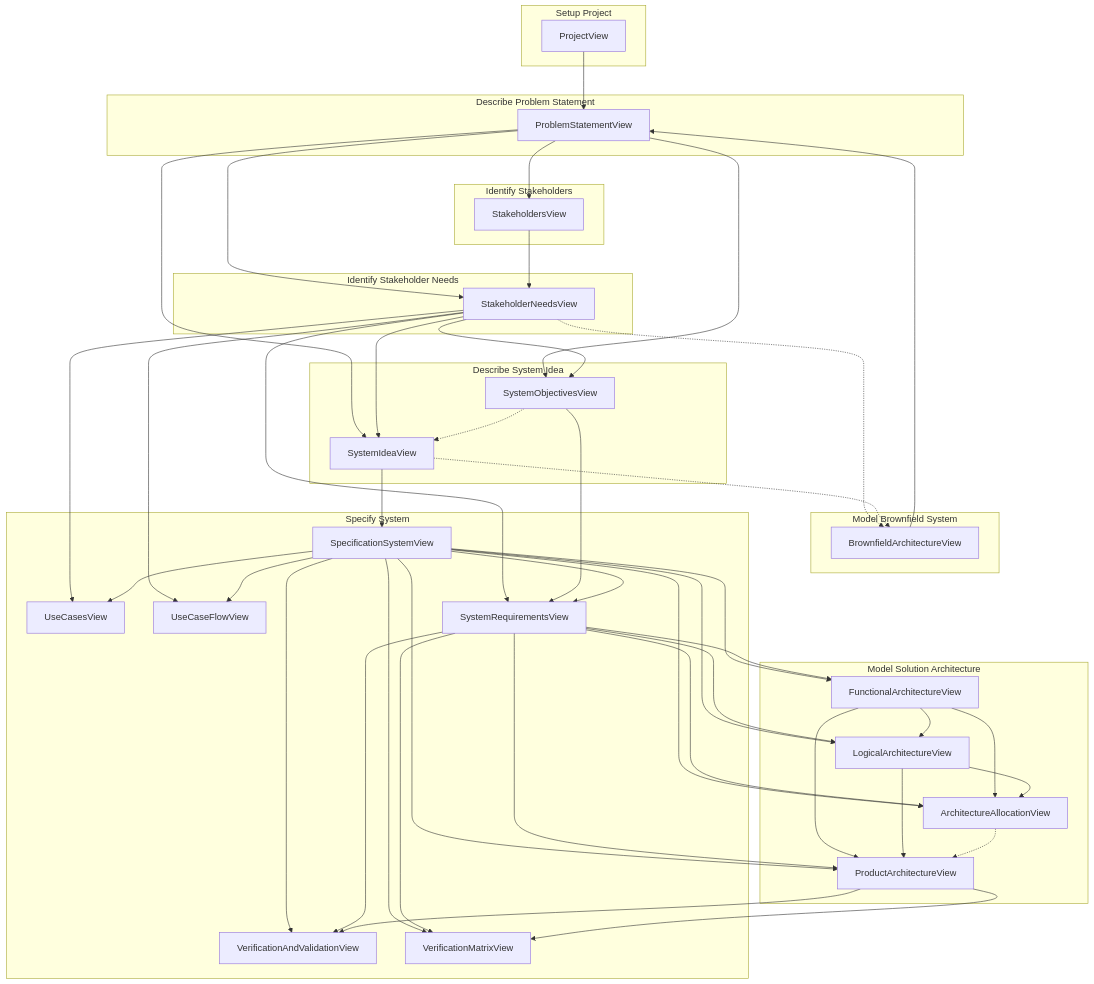
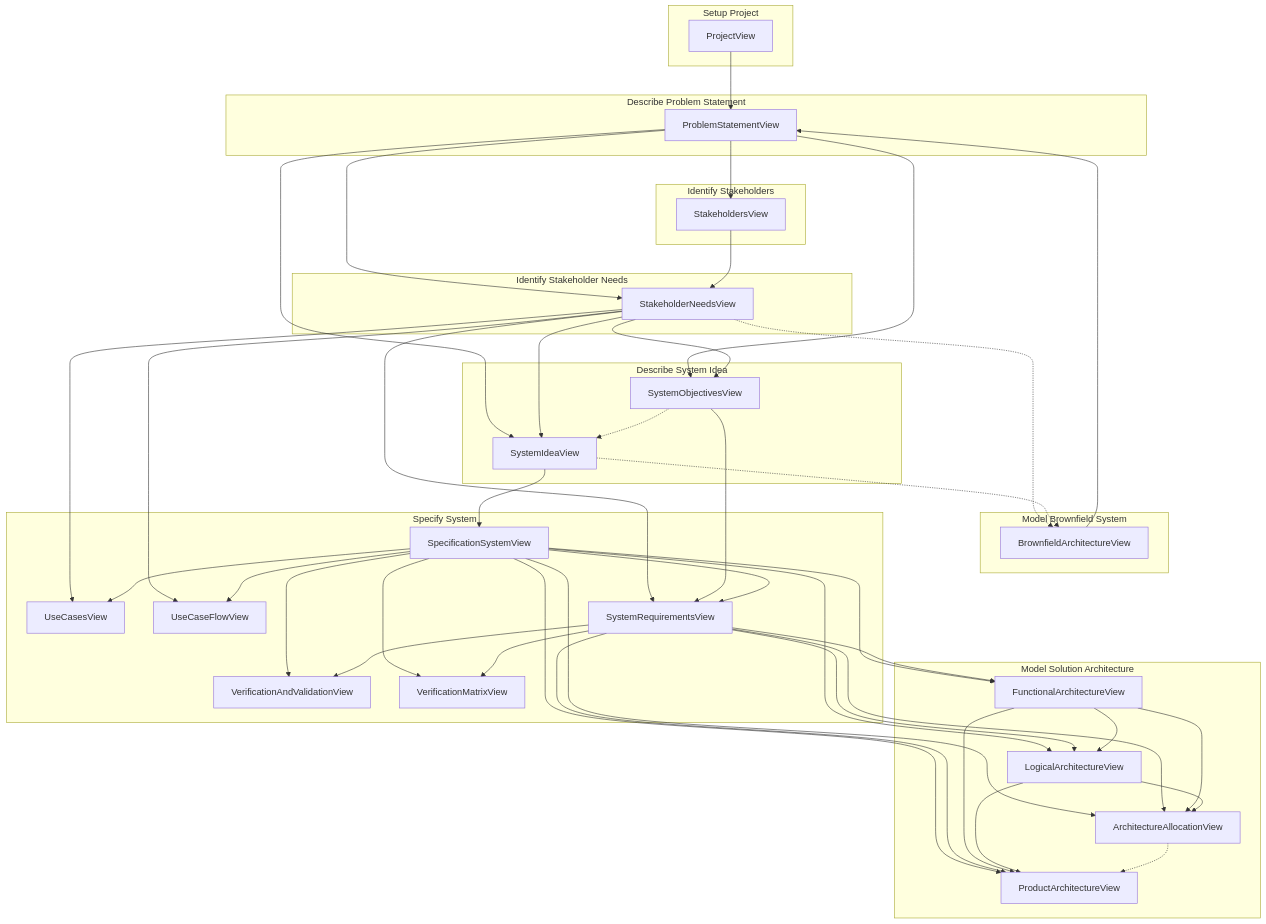
One commit to MBSE4U/sysmod-sysmlv2 changed the second of 2 diagrams in SYSMODViews.md. Above: the diagram before and after it, drawn with Mermaid. The commit also changed other lines of this file and 8 other files, not shown here.

````diff
--- a/SYSMODViews.md
+++ b/SYSMODViews.md
@@ -1734,76 +1734,74 @@
 ```mermaid
 flowchart TB
     subgraph SetupProject["Setup Project"]
         ProjectView[ProjectView]
     end
     subgraph ModelBrownfieldSystem["Model Brownfield System"]
         BrownfieldArchitectureView[BrownfieldArchitectureView]
     end
     subgraph DescribeProblemStatement["Describe Problem Statement"]
         ProblemStatementView[ProblemStatementView]
     end
     subgraph IdentifyStakeholders["Identify Stakeholders"]
         StakeholdersView[StakeholdersView]
     end
     subgraph IdentifyStakeholderNeeds["Identify Stakeholder Needs"]
         StakeholderNeedsView[StakeholderNeedsView]
     end
     subgraph DescribeSystemIdea["Describe System Idea"]
         SystemIdeaView[SystemIdeaView]
         SystemObjectivesView[SystemObjectivesView]
     end
     subgraph SpecifySystem["Specify System"]
         SpecificationSystemView[SpecificationSystemView]
         UseCasesView[UseCasesView]
         UseCaseFlowView[UseCaseFlowView]
         SystemRequirementsView[SystemRequirementsView]
         VerificationAndValidationView[VerificationAndValidationView]
         VerificationMatrixView[VerificationMatrixView]
     end
     subgraph ModelSolutionArchitecture["Model Solution Architecture"]
         FunctionalArchitectureView[FunctionalArchitectureView]
         LogicalArchitectureView[LogicalArchitectureView]
         ProductArchitectureView[ProductArchitectureView]
         ArchitectureAllocationView[ArchitectureAllocationView]
     end
     ProjectView --> ProblemStatementView
     BrownfieldArchitectureView --> ProblemStatementView
     ProblemStatementView --> StakeholdersView
     ProblemStatementView --> StakeholderNeedsView
     StakeholdersView --> StakeholderNeedsView
     ProblemStatementView --> SystemIdeaView
     StakeholderNeedsView --> SystemIdeaView
     ProblemStatementView --> SystemObjectivesView
     StakeholderNeedsView --> SystemObjectivesView
     SystemIdeaView --> SpecificationSystemView
     StakeholderNeedsView --> UseCasesView
     SpecificationSystemView --> UseCasesView
     StakeholderNeedsView --> UseCaseFlowView
     SpecificationSystemView --> UseCaseFlowView
     StakeholderNeedsView --> SystemRequirementsView
     SystemObjectivesView --> SystemRequirementsView
     SpecificationSystemView --> SystemRequirementsView
     SpecificationSystemView --> FunctionalArchitectureView
     SystemRequirementsView --> FunctionalArchitectureView
     SpecificationSystemView --> LogicalArchitectureView
     SystemRequirementsView --> LogicalArchitectureView
     FunctionalArchitectureView --> LogicalArchitectureView
     SpecificationSystemView --> ProductArchitectureView
     SystemRequirementsView --> ProductArchitectureView
     FunctionalArchitectureView --> ProductArchitectureView
     LogicalArchitectureView --> ProductArchitectureView
     SpecificationSystemView --> ArchitectureAllocationView
     SystemRequirementsView --> ArchitectureAllocationView
     FunctionalArchitectureView --> ArchitectureAllocationView
     LogicalArchitectureView --> ArchitectureAllocationView
     SpecificationSystemView --> VerificationAndValidationView
     SystemRequirementsView --> VerificationAndValidationView
-    ProductArchitectureView --> VerificationAndValidationView
     SpecificationSystemView --> VerificationMatrixView
     SystemRequirementsView --> VerificationMatrixView
-    ProductArchitectureView --> VerificationMatrixView
     StakeholderNeedsView -.-> BrownfieldArchitectureView
     SystemIdeaView -.-> BrownfieldArchitectureView
     SystemObjectivesView -.-> SystemIdeaView
     ArchitectureAllocationView -.-> ProductArchitectureView
 ```
````
